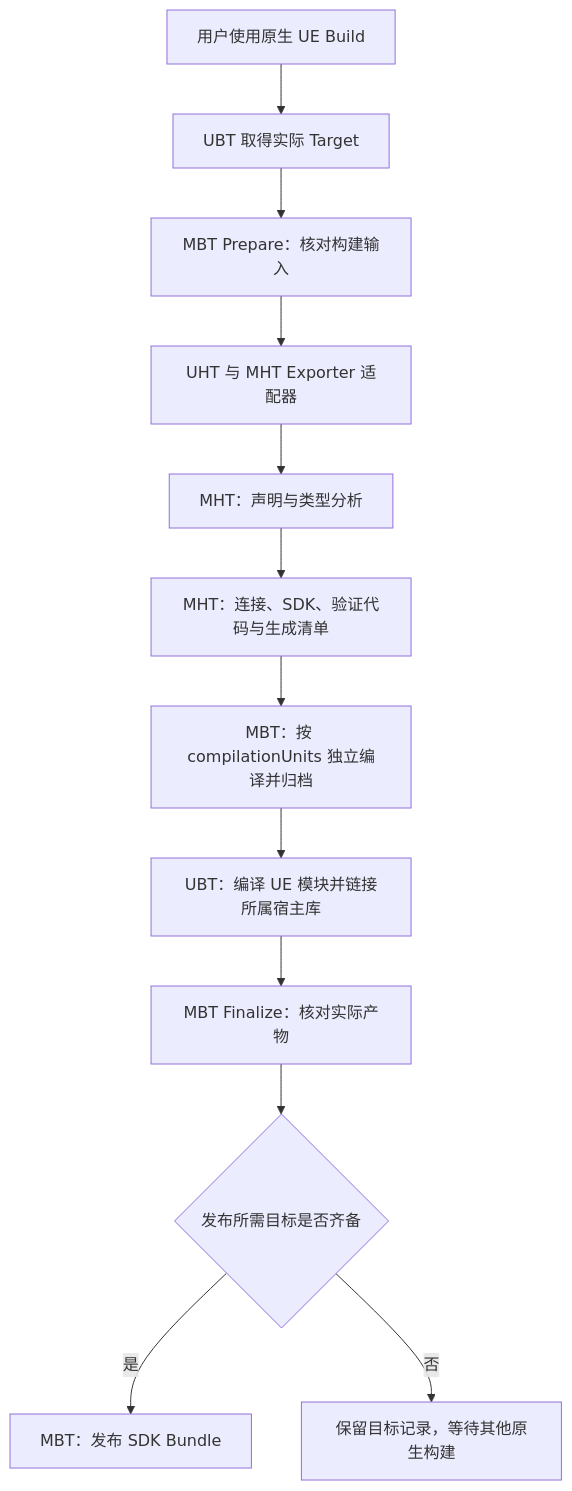
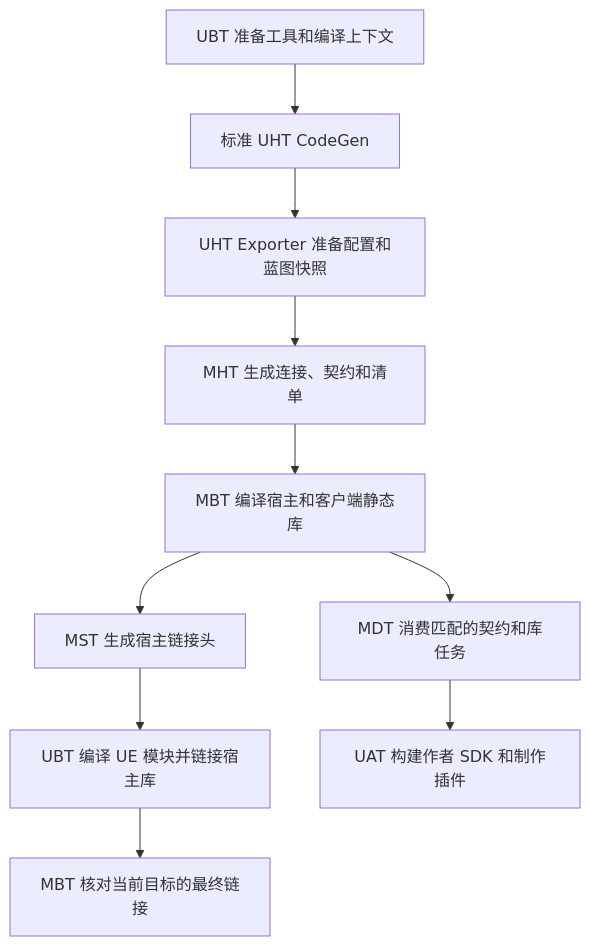
Before and after one commit to Nelaric/UnrealModFramework: the diagram in Docs/UnrealModFramework_游戏端详细设计.md, drawn with Mermaid. The commit also changed other lines of this file and 29 other files, not shown here.

````diff
--- a/Docs/UnrealModFramework_游戏端详细设计.md
+++ b/Docs/UnrealModFramework_游戏端详细设计.md
@@ -469,14 +436,12 @@
 ```mermaid
 flowchart TD
-    A[用户使用原生 UE Build] --> B[UBT 取得实际 Target]
-    B --> C[MBT Prepare：核对构建输入]
-    C --> D[UHT 与 MHT Exporter 适配器]
-    D --> E[MHT：声明与类型分析]
-    E --> F[MHT：连接、SDK、验证代码与生成清单]
-    F --> L[MBT：按 compilationUnits 独立编译并归档]
-    L --> G[UBT：编译 UE 模块并链接所属宿主库]
-    G --> H[MBT Finalize：核对实际产物]
-    H --> I{发布所需目标是否齐备}
-    I -->|是| J[MBT：发布 SDK Bundle]
-    I -->|否| K[保留目标记录，等待其他原生构建]
+    A[UBT 准备工具和编译上下文] --> B[标准 UHT CodeGen]
+    B --> C[UHT Exporter 准备配置和蓝图快照]
+    C --> D[MHT 生成连接、契约和清单]
+    D --> E[MBT 编译宿主和客户端静态库]
+    E --> F[MST 生成宿主链接头]
+    F --> G[UBT 编译 UE 模块并链接宿主库]
+    G --> H[MBT 核对当前目标的最终链接]
+    E --> I[MDT 消费匹配的契约和库任务]
+    I --> J[UAT 构建作者 SDK 和制作插件]
 ```
````
